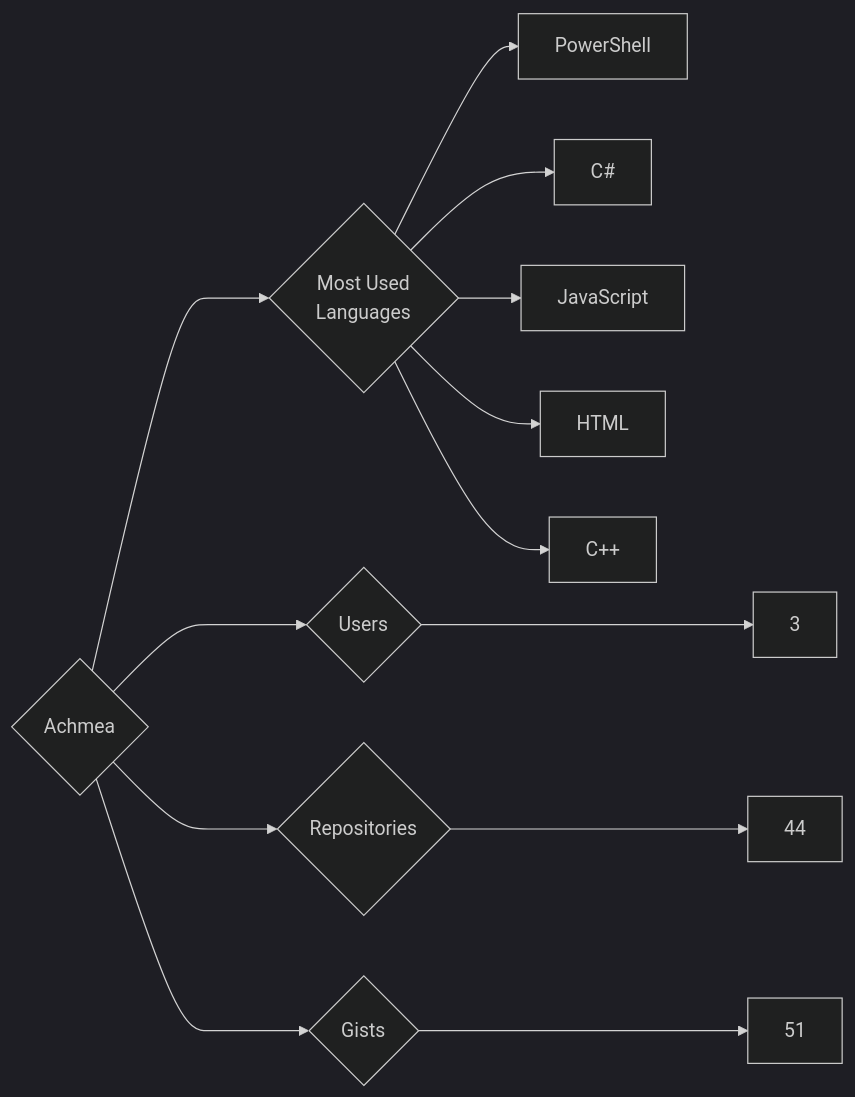
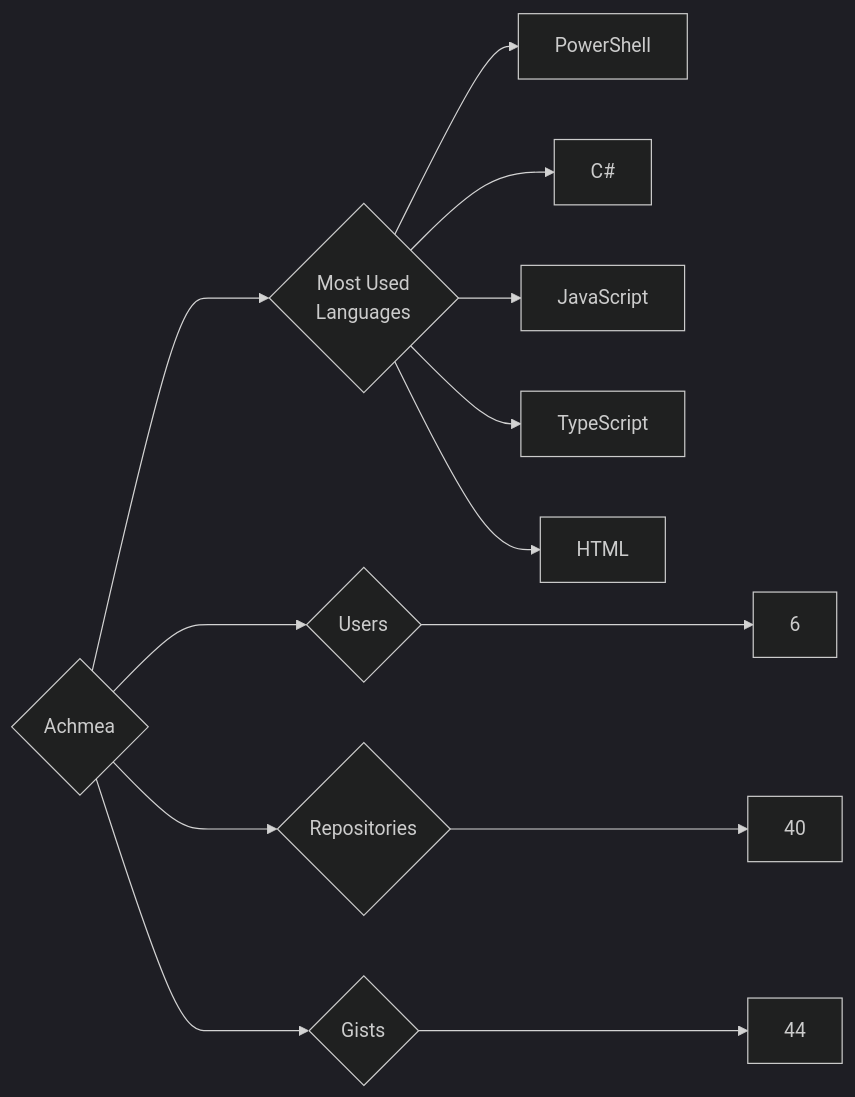
Before and after one commit to trickest/insiders: the diagram in targets/Achmea/README.md, drawn with Mermaid (dark theme). The commit also changed 1120 other files, not shown here.

````diff
--- a/targets/Achmea/README.md
+++ b/targets/Achmea/README.md
@@ -3,13 +3,13 @@
 ```mermaid
 graph LR
 COMPANY_NAME{Achmea}
-COMPANY_NAME ---> U{Users} ---> UN[3]
-COMPANY_NAME ---> R{Repositories} ---> RN[44]
-COMPANY_NAME ---> G{Gists} ---> GN[51]
+COMPANY_NAME ---> U{Users} ---> UN[6]
+COMPANY_NAME ---> R{Repositories} ---> RN[40]
+COMPANY_NAME ---> G{Gists} ---> GN[44]
 COMPANY_NAME ---> ML{Most Used<br>Languages}
 ML --> PowerShell[PowerShell]
 ML --> C#[C#]
 ML --> JavaScript[JavaScript]
+ML --> TypeScript[TypeScript]
 ML --> HTML[HTML]
-ML --> C++[C++]
 ```
````
